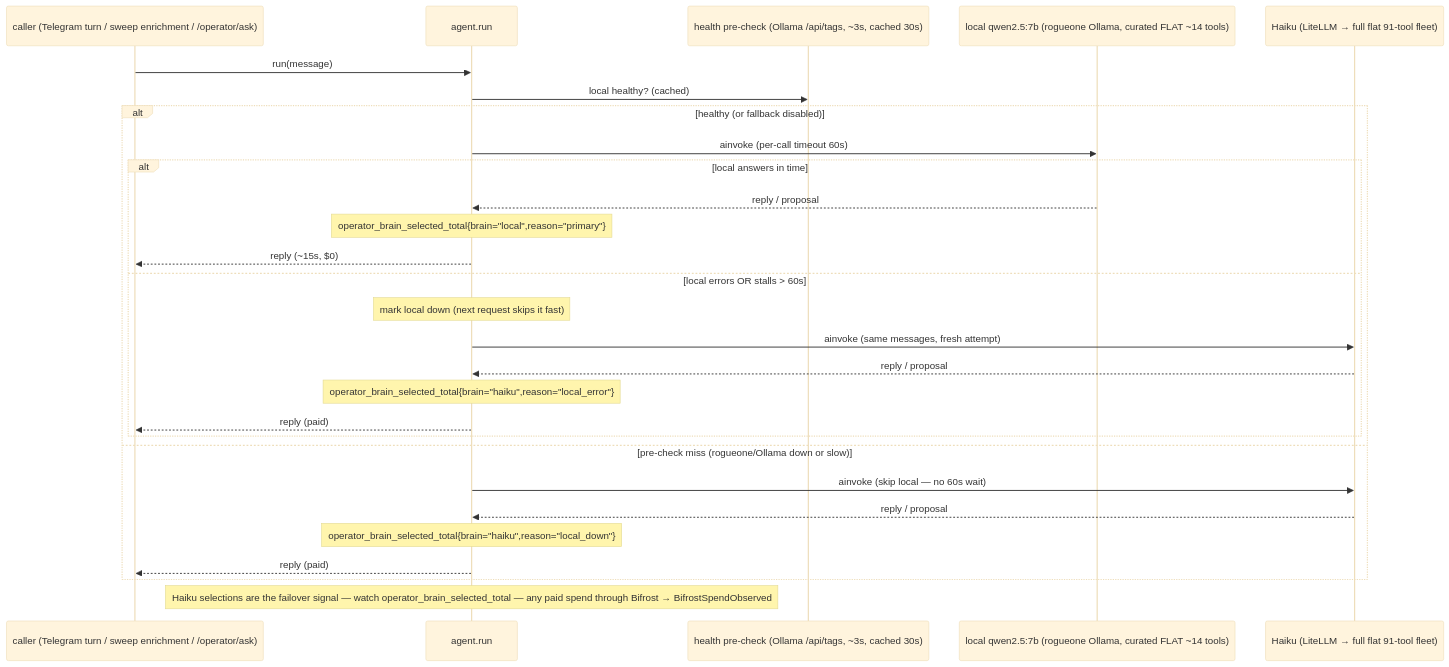
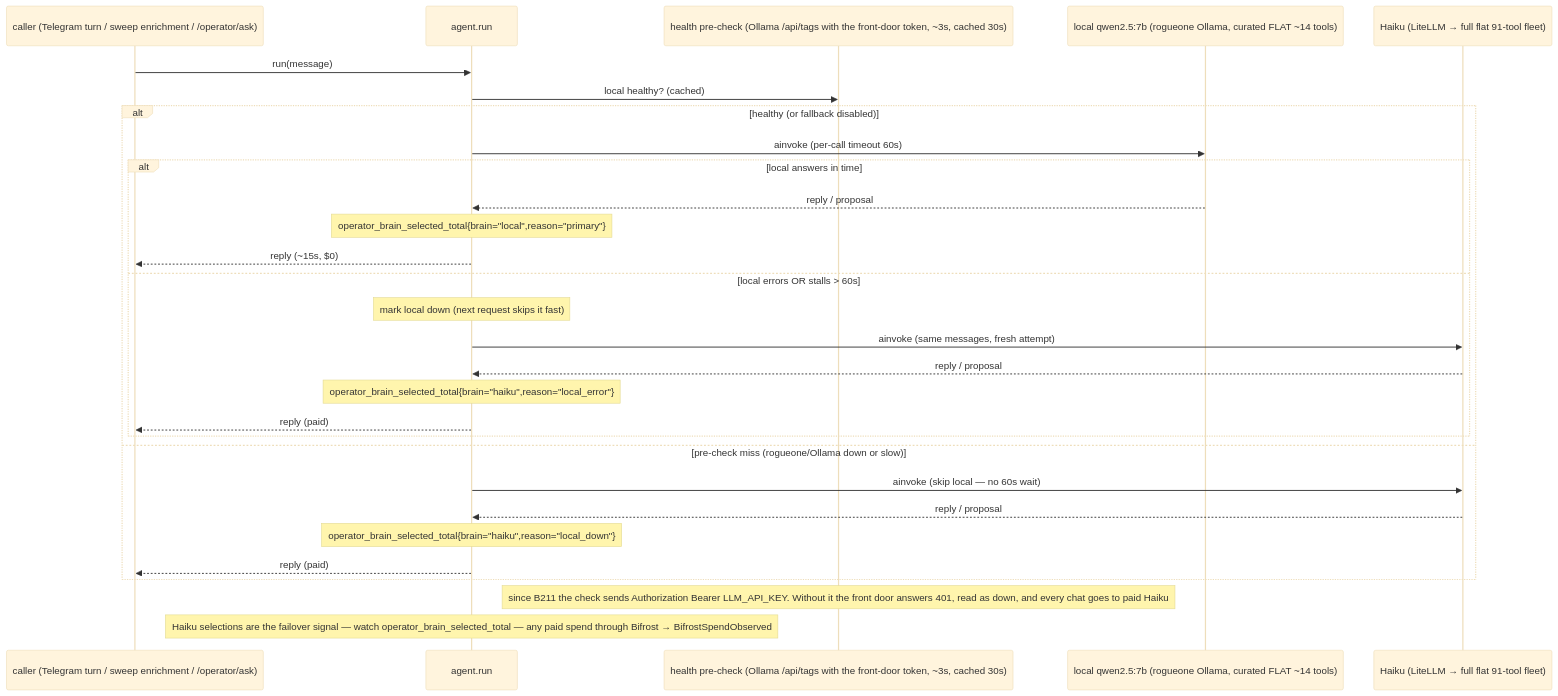
One commit to edtbl76/weyland-lab changed the diagram in docs/diagrams/flow-operator-brain.md. Above: the diagram before and after it, drawn with Mermaid (base theme). The commit also changed 17 other files, not shown here.

Commit message:
Introduce Ollama front door (B211): secure API with bearer token enforcement via `ollama-proxy`; forbid remote model management; validate implementation with `test-proxy.sh`. Update diagrams, docs, and configs accordingly.

````diff
--- a/docs/diagrams/flow-operator-brain.md
+++ b/docs/diagrams/flow-operator-brain.md
@@ -18,30 +18,31 @@
 ```mermaid
 sequenceDiagram
     participant C as caller (Telegram turn / sweep enrichment / /operator/ask)
     participant R as agent.run
-    participant H as health pre-check (Ollama /api/tags, ~3s, cached 30s)
+    participant H as health pre-check (Ollama /api/tags with the front-door token, ~3s, cached 30s)
     participant Lo as local qwen2.5:7b (rogueone Ollama, curated FLAT ~14 tools)
     participant Ha as Haiku (LiteLLM → full flat 91-tool fleet)
     C->>R: run(message)
     R->>H: local healthy? (cached)
     alt healthy (or fallback disabled)
         R->>Lo: ainvoke (per-call timeout 60s)
         alt local answers in time
             Lo-->>R: reply / proposal
             Note over R: operator_brain_selected_total{brain="local",reason="primary"}
             R-->>C: reply (~15s, $0)
         else local errors OR stalls > 60s
             Note over R: mark local down (next request skips it fast)
             R->>Ha: ainvoke (same messages, fresh attempt)
             Ha-->>R: reply / proposal
             Note over R: operator_brain_selected_total{brain="haiku",reason="local_error"}
             R-->>C: reply (paid)
         end
     else pre-check miss (rogueone/Ollama down or slow)
         R->>Ha: ainvoke (skip local — no 60s wait)
         Ha-->>R: reply / proposal
         Note over R: operator_brain_selected_total{brain="haiku",reason="local_down"}
         R-->>C: reply (paid)
     end
+    Note over H: since B211 the check sends Authorization Bearer LLM_API_KEY. Without it the front door answers 401, read as down, and every chat goes to paid Haiku
     Note over R: Haiku selections are the failover signal — watch operator_brain_selected_total — any paid spend through Bifrost → BifrostSpendObserved
 ```
````
